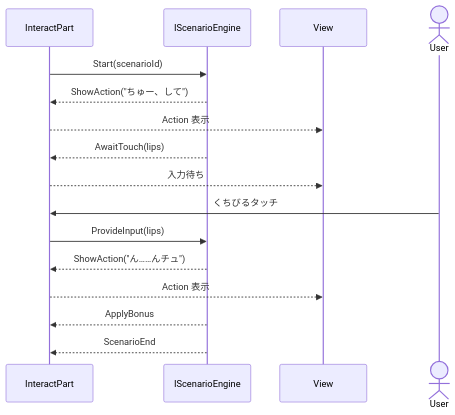
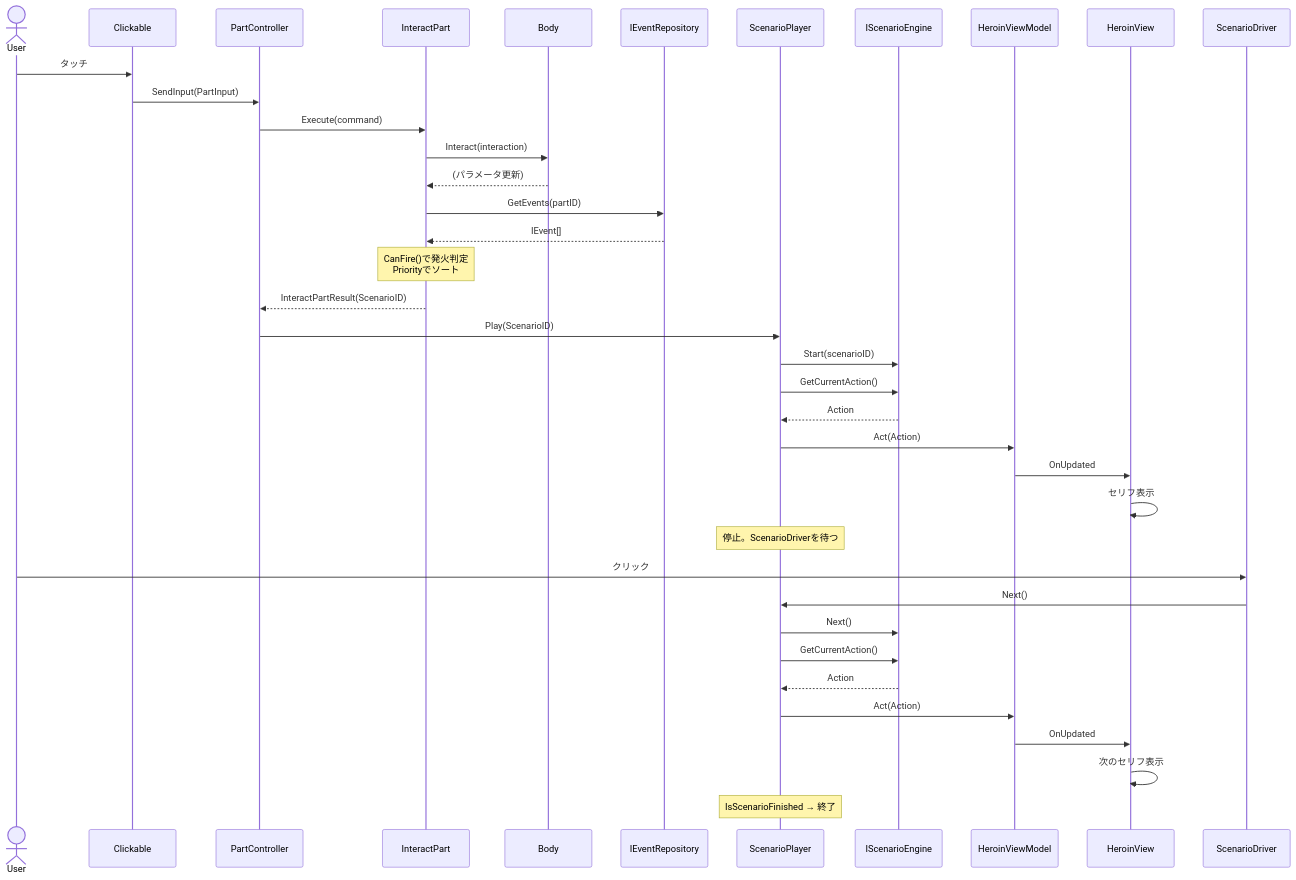
Before and after one commit to Yocchi3191/Zrushy: the diagram in knowledge/architecture/Action-Event-Scenario詳細設計.md, drawn with Mermaid. The commit also changed other lines of this file and 4 other files, not shown here.

````diff
--- a/knowledge/architecture/Action-Event-Scenario詳細設計.md
+++ b/knowledge/architecture/Action-Event-Scenario詳細設計.md
@@ -110,24 +100,46 @@
 ```mermaid
 sequenceDiagram
+    actor User
+    participant Clickable
+    participant Controller as PartController
     participant UseCase as InteractPart
+    participant Body
+    participant EventRepo as IEventRepository
+    participant SP as ScenarioPlayer
     participant Engine as IScenarioEngine
-    participant View
-    actor User
+    participant HVM as HeroinViewModel
+    participant HV as HeroinView
+    participant SD as ScenarioDriver
 
-    UseCase ->> Engine : Start(scenarioId)
+    User->>Clickable: タッチ
+    Clickable->>Controller: SendInput(PartInput)
 
-    Engine -->> UseCase : ShowAction("ちゅー、して")
-    UseCase -->> View : Action 表示
+    Controller->>UseCase: Execute(command)
+    UseCase->>Body: Interact(interaction)
+    Body-->>UseCase: (パラメータ更新)
+    UseCase->>EventRepo: GetEvents(partID)
+    EventRepo-->>UseCase: IEvent[]
+    Note over UseCase: CanFire()で発火判定<br/>Priorityでソート
+    UseCase-->>Controller: InteractPartResult(ScenarioID)
 
-    Engine -->> UseCase : AwaitTouch(lips)
-    UseCase -->> View : 入力待ち
+    Controller->>SP: Play(ScenarioID)
+    SP->>Engine: Start(scenarioID)
+    SP->>Engine: GetCurrentAction()
+    Engine-->>SP: Action
+    SP->>HVM: Act(Action)
+    HVM->>HV: OnUpdated
+    HV->>HV: セリフ表示
 
-    User ->> UseCase : くちびるタッチ
-    UseCase ->> Engine : ProvideInput(lips)
+    Note over SP: 停止。ScenarioDriverを待つ
 
-    Engine -->> UseCase : ShowAction("ん……んチュ")
-    UseCase -->> View : Action 表示
+    User->>SD: クリック
+    SD->>SP: Next()
+    SP->>Engine: Next()
+    SP->>Engine: GetCurrentAction()
+    Engine-->>SP: Action
+    SP->>HVM: Act(Action)
+    HVM->>HV: OnUpdated
+    HV->>HV: 次のセリフ表示
 
-    Engine -->> UseCase : ApplyBonus
-    Engine -->> UseCase : ScenarioEnd
+    Note over SP: IsScenarioFinished → 終了
 ```
````
